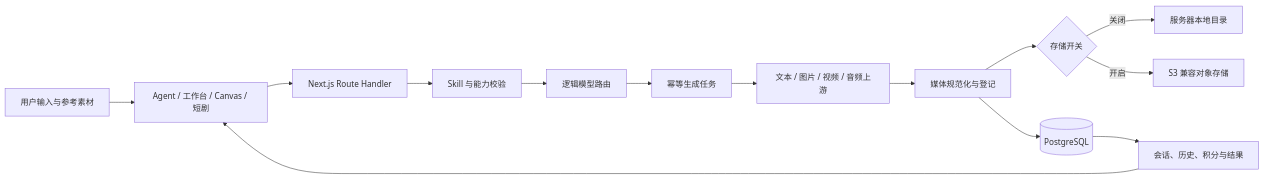
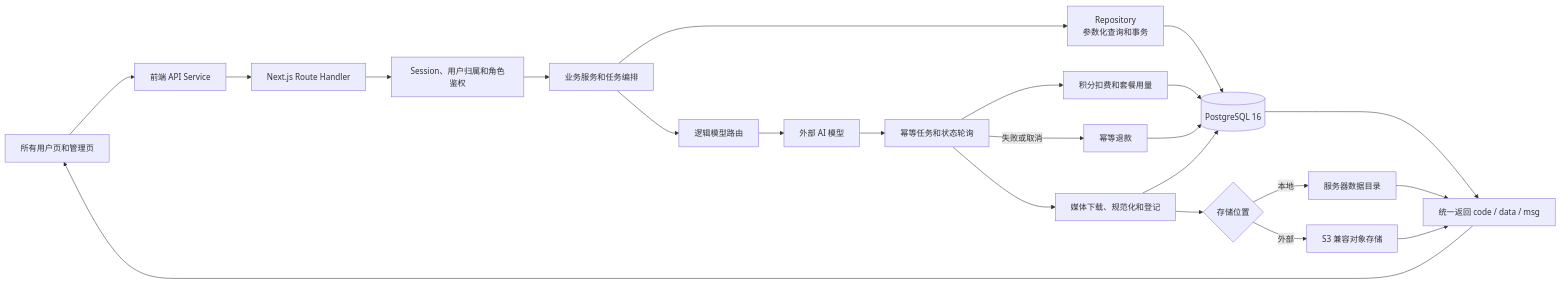
Before and after one commit to ldq551945-del/DQ-canvas: the ninth of 9 diagrams in README.md, drawn with Mermaid. The commit also changed other lines of this file and 117 other files, not shown here.

````diff
--- a/README.md
+++ b/README.md
@@ -44,16 +347,31 @@
 ```mermaid
 flowchart LR
-    USER["用户输入与参考素材"] --> UI["Agent / 工作台 / Canvas / 短剧"]
-    UI --> API["Next.js Route Handler"]
-    API --> SKILL["Skill 与能力校验"]
-    SKILL --> ROUTER["逻辑模型路由"]
-    ROUTER --> TASK["幂等生成任务"]
-    TASK --> PROVIDER["文本 / 图片 / 视频 / 音频上游"]
-    PROVIDER --> MEDIA["媒体规范化与登记"]
-    MEDIA --> STORAGE{"存储开关"}
-    STORAGE -->|关闭| LOCAL["服务器本地目录"]
-    STORAGE -->|开启| S3["S3 兼容对象存储"]
-    MEDIA --> PG[("PostgreSQL")]
-    PG --> RESULT["会话、历史、积分与结果"]
-    RESULT --> UI
+    PAGE["所有用户页和管理页"] --> CLIENT["前端 API Service"]
+    CLIENT --> ROUTE["Next.js Route Handler"]
+    ROUTE --> AUTH["Session、用户归属和角色鉴权"]
+    AUTH --> SERVICE["业务服务和任务编排"]
+
+    SERVICE --> REPO["Repository<br/>参数化查询和事务"]
+    REPO --> PG[("PostgreSQL 16")]
+
+    SERVICE --> ROUTER["逻辑模型路由"]
+    ROUTER --> PROVIDER["外部 AI 模型"]
+    PROVIDER --> TASK["幂等任务和状态轮询"]
+
+    TASK --> BILLING["积分扣费和套餐用量"]
+    BILLING --> PG
+
+    TASK -->|失败或取消| REFUND["幂等退款"]
+    REFUND --> PG
+
+    TASK --> MEDIA["媒体下载、规范化和登记"]
+    MEDIA --> SWITCH{"存储位置"}
+    SWITCH -->|本地| LOCAL["服务器数据目录"]
+    SWITCH -->|外部| S3["S3 兼容对象存储"]
+    MEDIA --> PG
+
+    PG --> RESPONSE["统一返回 code / data / msg"]
+    LOCAL --> RESPONSE
+    S3 --> RESPONSE
+    RESPONSE --> PAGE
 ```
````
